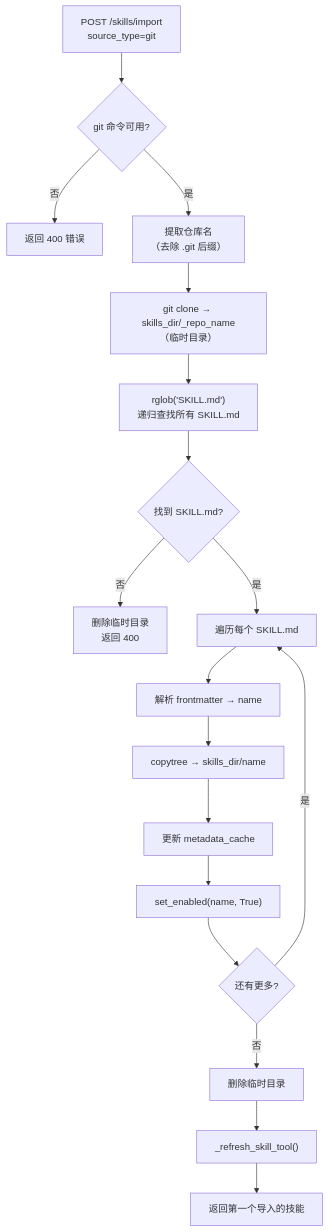
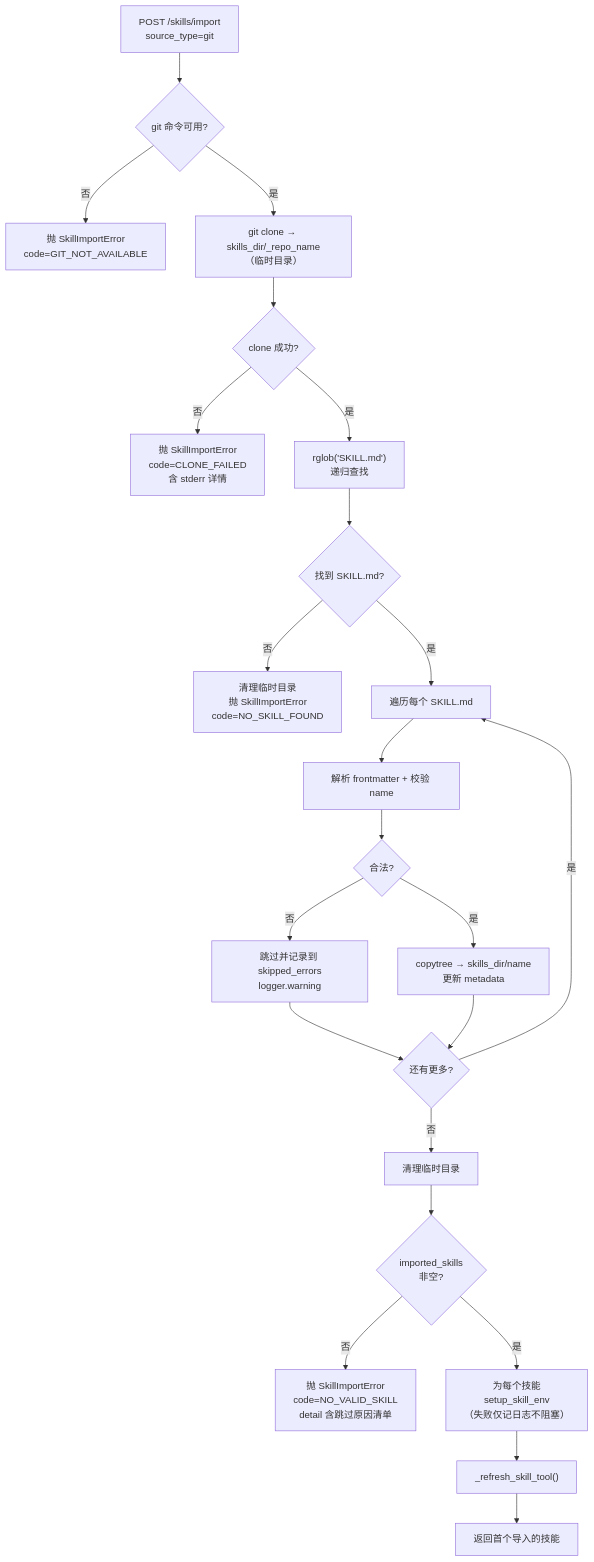
One commit to promisestar/MyClaw changed the sixth of 15 diagrams in docs/Skill系统实现与升级说明.md. Above: the diagram before and after it, drawn with Mermaid. The commit also changed other lines of this file and 10 other files, not shown here.

````diff
--- a/docs/Skill系统实现与升级说明.md
+++ b/docs/Skill系统实现与升级说明.md
@@ -233,20 +264,25 @@
 ```mermaid
 flowchart TD
     A["POST /skills/import<br/>source_type=git"] --> B{"git 命令可用?"}
-    B -->|否| D["返回 400 错误"]
-    B -->|是| C["提取仓库名<br/>（去除 .git 后缀）"]
-    C --> E["git clone → skills_dir/_repo_name<br/>（临时目录）"]
-    E --> F["rglob('SKILL.md')<br/>递归查找所有 SKILL.md"]
-    F --> G{"找到 SKILL.md?"}
-    G -->|否| H["删除临时目录<br/>返回 400"]
-    G -->|是| I["遍历每个 SKILL.md"]
-    I --> J["解析 frontmatter → name"]
-    J --> K["copytree → skills_dir/name"]
-    K --> L["更新 metadata_cache"]
-    L --> M["set_enabled(name, True)"]
-    M --> N{"还有更多?"}
-    N -->|是| I
-    N -->|否| O["删除临时目录"]
+    B -->|否| EX1["抛 SkillImportError<br/>code=GIT_NOT_AVAILABLE"]
+    B -->|是| C["git clone → skills_dir/_repo_name<br/>（临时目录）"]
+    C --> D{"clone 成功?"}
+    D -->|否| EX2["抛 SkillImportError<br/>code=CLONE_FAILED<br/>含 stderr 详情"]
+    D -->|是| E["rglob('SKILL.md')<br/>递归查找"]
+    E --> F{"找到 SKILL.md?"}
+    F -->|否| EX3["清理临时目录<br/>抛 SkillImportError<br/>code=NO_SKILL_FOUND"]
+    F -->|是| G["遍历每个 SKILL.md"]
+    G --> H["解析 frontmatter + 校验 name"]
+    H --> I{"合法?"}
+    I -->|否| J["跳过并记录到 skipped_errors<br/>logger.warning"]
+    I -->|是| K["copytree → skills_dir/name<br/>更新 metadata"]
+    J --> L
+    K --> L{"还有更多?"}
+    L -->|是| G
+    L -->|否| M["清理临时目录"]
+    M --> N{"imported_skills<br/>非空?"}
+    N -->|否| EX4["抛 SkillImportError<br/>code=NO_VALID_SKILL<br/>detail 含跳过原因清单"]
+    N -->|是| O["为每个技能<br/>setup_skill_env<br/>（失败仅记日志不阻塞）"]
     O --> P["_refresh_skill_tool()"]
-    P --> Q["返回第一个导入的技能"]
+    P --> Q["返回首个导入的技能"]
 ```
````
